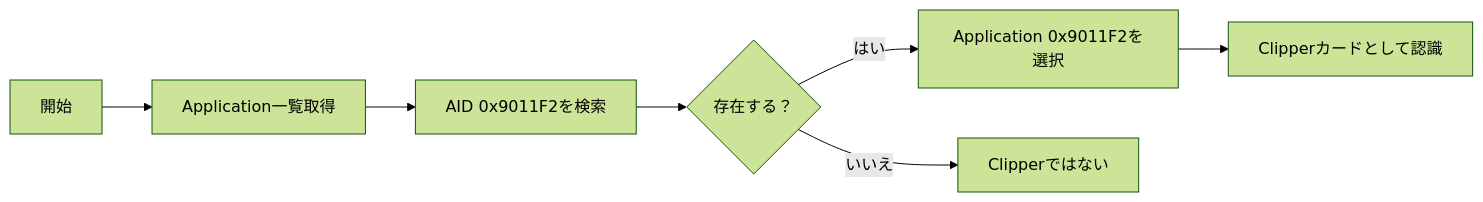
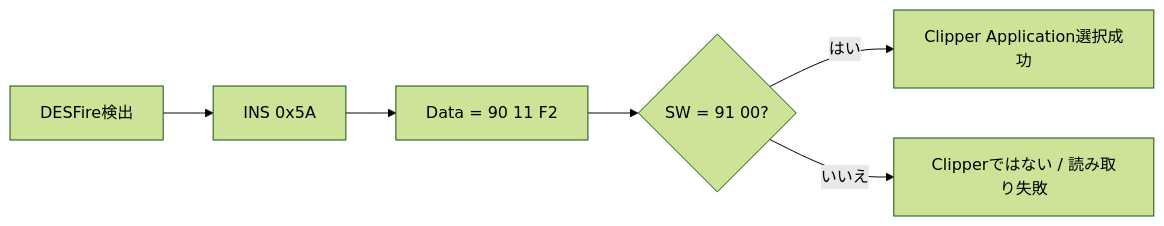
One commit to rs6-41/TransitICScanner changed the second of 8 diagrams in doc/cards/usClipper.md. Above: the diagram before and after it, drawn with Mermaid (forest theme). The commit also changed other lines of this file and 3 other files, not shown here.

````diff
--- a/doc/cards/usClipper.md
+++ b/doc/cards/usClipper.md
@@ -710,9 +1556,8 @@
 ```mermaid
 graph LR;
-    A[開始] --> B["Application一覧取得"];
-    B --> C["AID 0x9011F2を検索"];
-    C --> D{"存在する？"};
-    D -- はい --> E["Application 0x9011F2を選択"];
-    E --> F["Clipperカードとして認識"];
-    D -- いいえ --> G["Clipperではない"];
+    A["DESFire検出"] --> B["INS 0x5A"];
+    B --> C["Data = 90 11 F2"];
+    C --> D{"SW = 91 00?"};
+    D -- "はい" --> E["Clipper Application選択成功"];
+    D -- "いいえ" --> F["Clipperではない / 読み取り失敗"];
 ```
````
